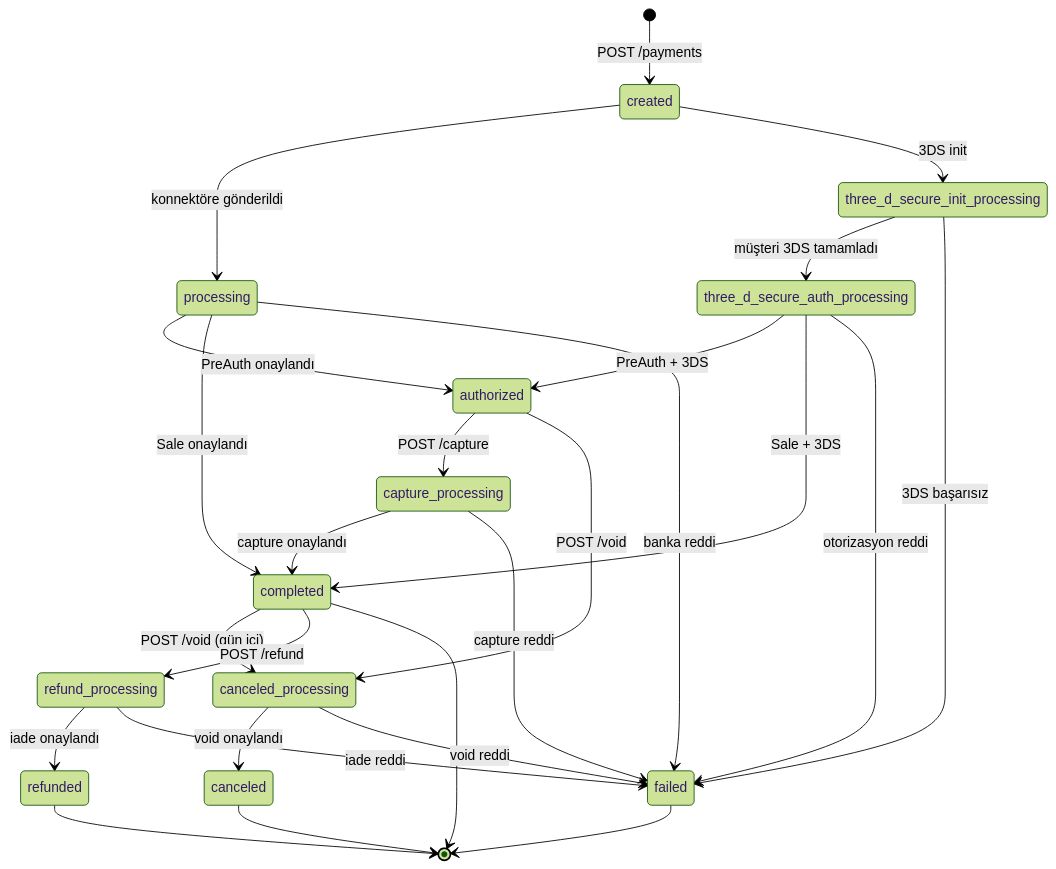
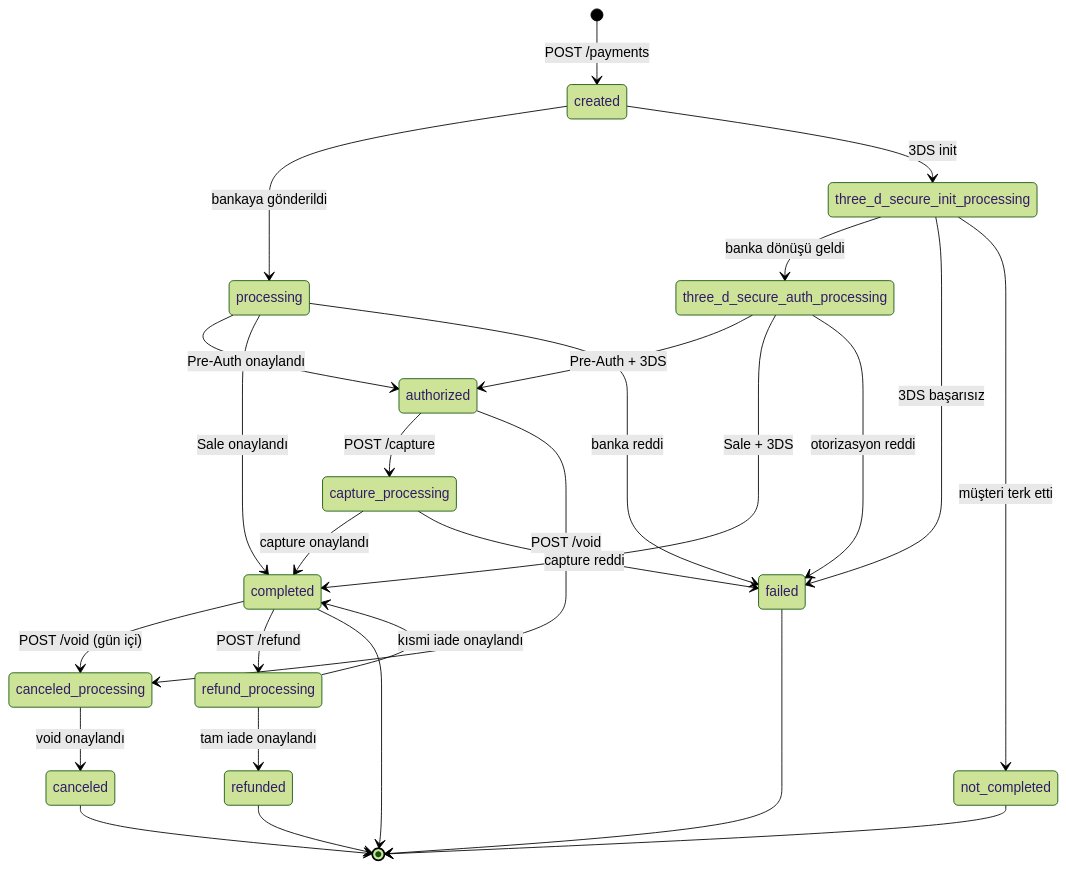
The diagram in sanal-pos/payment-object.mdx (payment-pos/mintlify), drawn with Mermaid (forest theme) before and after one commit. The commit also changed other lines of this file and 135 other files, not shown here.

````diff
--- a/sanal-pos/payment-object.mdx
+++ b/sanal-pos/payment-object.mdx
@@ -108,28 +127,29 @@
 ```mermaid
 stateDiagram-v2
     [*] --> created: POST /payments
-    created --> processing: konnektöre gönderildi
+    created --> processing: bankaya gönderildi
     created --> three_d_secure_init_processing: 3DS init
-    processing --> authorized: PreAuth onaylandı
+    processing --> authorized: Pre-Auth onaylandı
     processing --> completed: Sale onaylandı
     processing --> failed: banka reddi
-    three_d_secure_init_processing --> three_d_secure_auth_processing: müşteri 3DS tamamladı
+    three_d_secure_init_processing --> three_d_secure_auth_processing: banka dönüşü geldi
     three_d_secure_init_processing --> failed: 3DS başarısız
-    three_d_secure_auth_processing --> authorized: PreAuth + 3DS
+    three_d_secure_init_processing --> not_completed: müşteri terk etti
+    three_d_secure_auth_processing --> authorized: Pre-Auth + 3DS
     three_d_secure_auth_processing --> completed: Sale + 3DS
     three_d_secure_auth_processing --> failed: otorizasyon reddi
     authorized --> capture_processing: POST /capture
     capture_processing --> completed: capture onaylandı
     capture_processing --> failed: capture reddi
     authorized --> canceled_processing: POST /void
     completed --> canceled_processing: POST /void (gün içi)
     completed --> refund_processing: POST /refund
     canceled_processing --> canceled: void onaylandı
-    canceled_processing --> failed: void reddi
-    refund_processing --> refunded: iade onaylandı
-    refund_processing --> failed: iade reddi
+    refund_processing --> refunded: tam iade onaylandı
+    refund_processing --> completed: kısmi iade onaylandı
     canceled --> [*]
     refunded --> [*]
     failed --> [*]
+    not_completed --> [*]
     completed --> [*]
 ```
````
